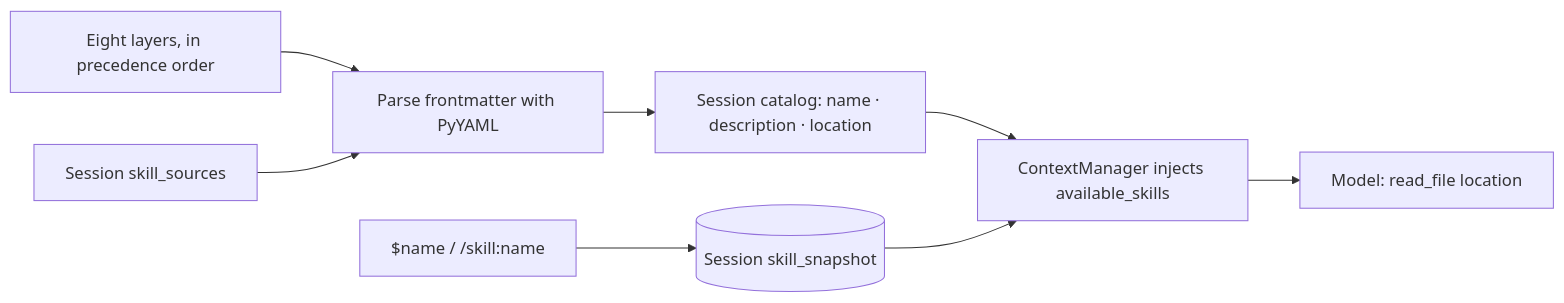
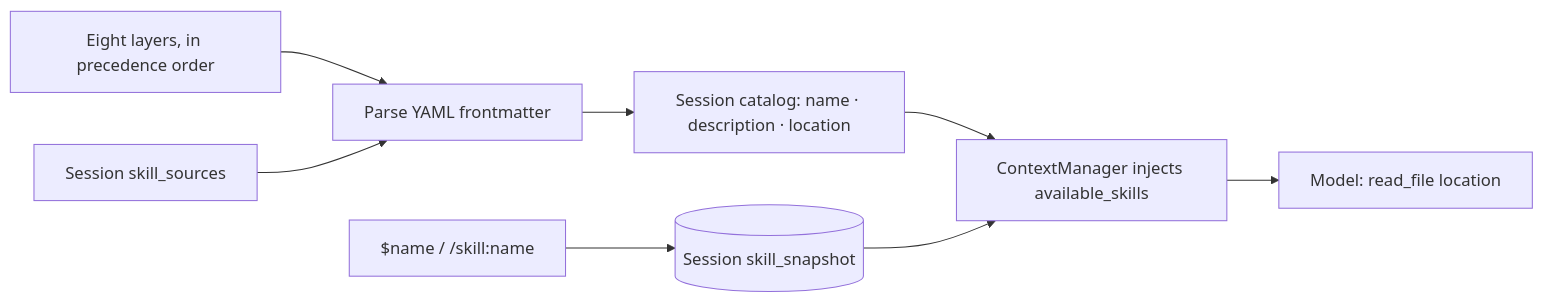
Before and after one commit to Azzurroooo/rind: the diagram in docs/internals/02-context/skills.md, drawn with Mermaid. The commit also changed other lines of this file and 169 other files, not shown here.

```diff
--- a/docs/internals/02-context/skills.md
+++ b/docs/internals/02-context/skills.md
@@ -7,10 +7,10 @@
 ~~~mermaid
 flowchart LR
-    LAYERS["Eight layers, in precedence order"] --> SCAN["Parse frontmatter with PyYAML"]
+    LAYERS["Eight layers, in precedence order"] --> SCAN["Parse YAML frontmatter"]
     IMPORTS["Session skill_sources"] --> SCAN
     SCAN --> INDEX["Session catalog: name · description · location"]
     INDEX --> CM["ContextManager injects available_skills"]
     CM --> READ["Model: read_file location"]
     CALL["$name / /skill:name"] --> SNAP[("Session skill_snapshot")]
     SNAP --> CM
 ~~~
```
